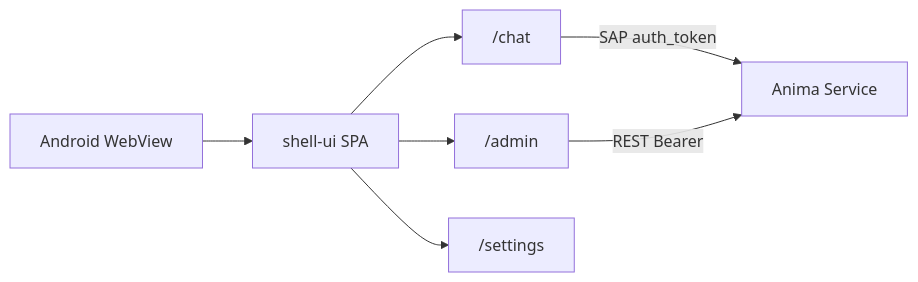
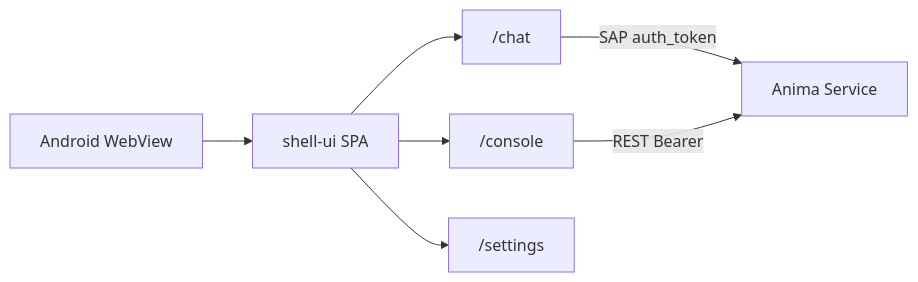
Before and after one commit to freeanima-org/freeanima: the diagram in docs/features/mobile-app.md, drawn with Mermaid. The commit also changed other lines of this file and 458 other files, not shown here.

First line of the commit message:
refactor(console): admin 命名统一为 console 并同步 Hub 多传输

````diff
--- a/docs/features/mobile-app.md
+++ b/docs/features/mobile-app.md
@@ -22,16 +22,16 @@
 ```mermaid
 flowchart LR
   Phone[Android WebView]
   Shell[shell-ui SPA]
   Chat["/chat"]
-  Admin["/admin"]
+  Console["/console"]
   Settings["/settings"]
   Hub[Anima Service]
 
   Phone --> Shell
   Shell --> Chat
-  Shell --> Admin
+  Shell --> Console
   Shell --> Settings
   Chat -->|SAP auth_token| Hub
-  Admin -->|REST Bearer| Hub
+  Console -->|REST Bearer| Hub
 ```
````
